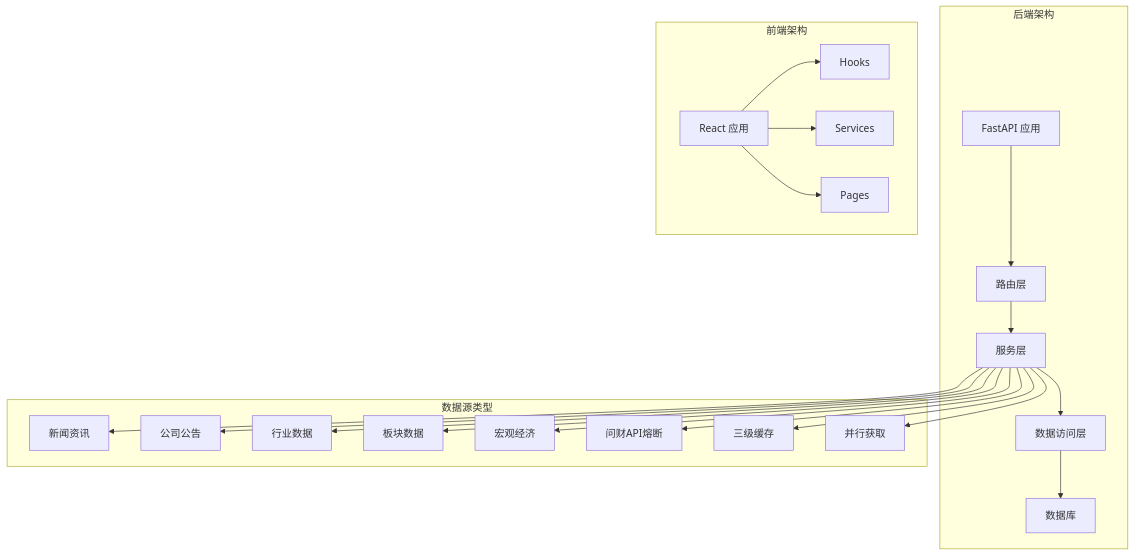
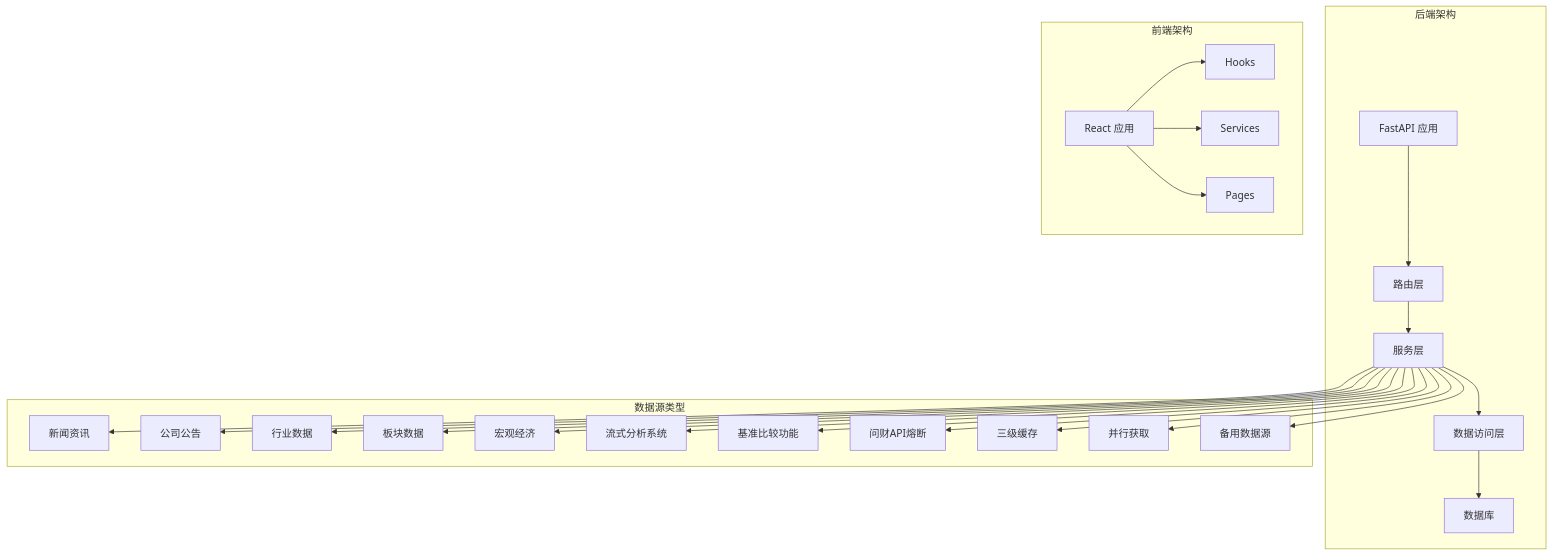
The first of 17 diagrams in .qoder/repowiki/zh/content/数据源服务增强.md (Moruime/stock_foker), drawn with Mermaid before and after one commit. The commit also changed other lines of this file and 16 other files, not shown here.

````diff
--- a/.qoder/repowiki/zh/content/数据源服务增强.md
+++ b/.qoder/repowiki/zh/content/数据源服务增强.md
@@ -58,41 +66,47 @@
 ```mermaid
 graph TB
 subgraph "后端架构"
 A[FastAPI 应用]
 B[路由层]
 C[服务层]
 D[数据访问层]
 E[数据库]
 end
 subgraph "前端架构"
 F[React 应用]
 G[Hooks]
 H[Services]
 I[Pages]
 end
 subgraph "数据源类型"
 J[新闻资讯]
 K[公司公告]
 L[行业数据]
 M[板块数据]
 N[宏观经济]
-O[问财API熔断]
-P[三级缓存]
-Q[并行获取]
+O[流式分析系统]
+P[基准比较功能]
+Q[问财API熔断]
+R[三级缓存]
+S[并行获取]
+T[备用数据源]
 end
 A --> B
 B --> C
 C --> D
 D --> E
 F --> G
 F --> H
 F --> I
 C --> J
 C --> K
 C --> L
 C --> M
 C --> N
 C --> O
 C --> P
 C --> Q
+C --> R
+C --> S
+C --> T
 ```
````
